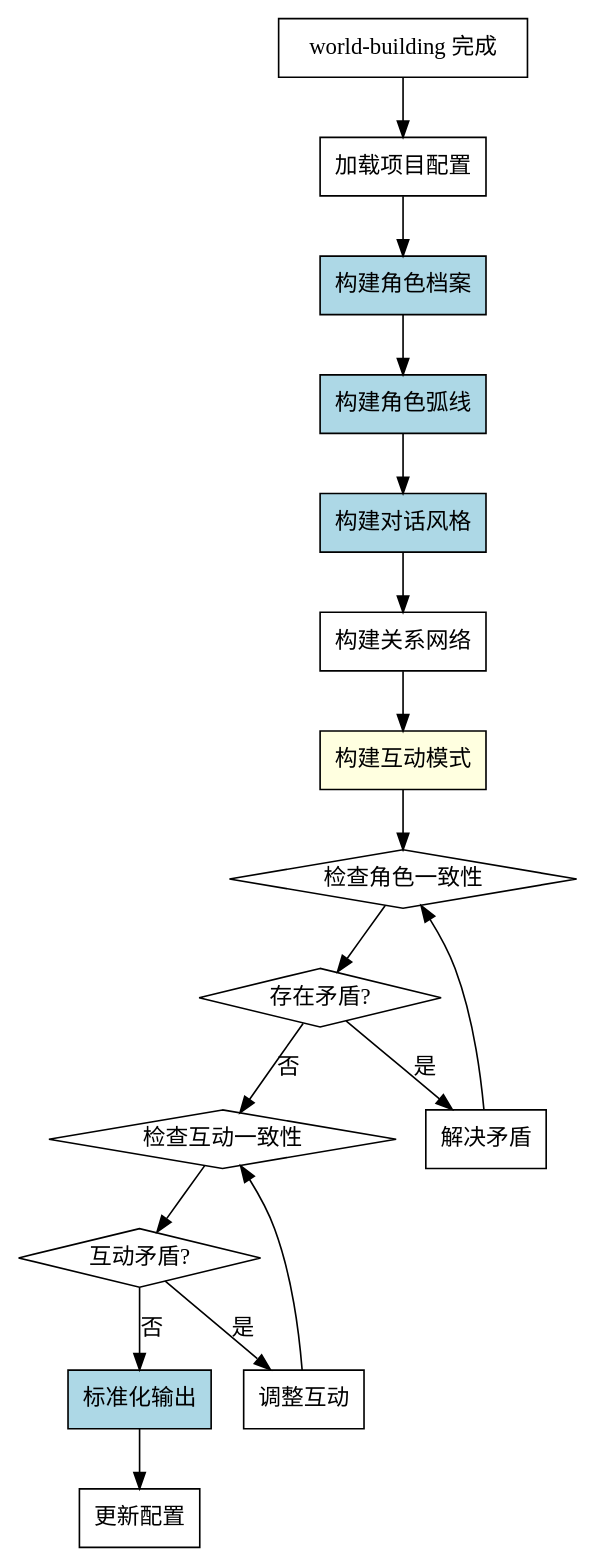
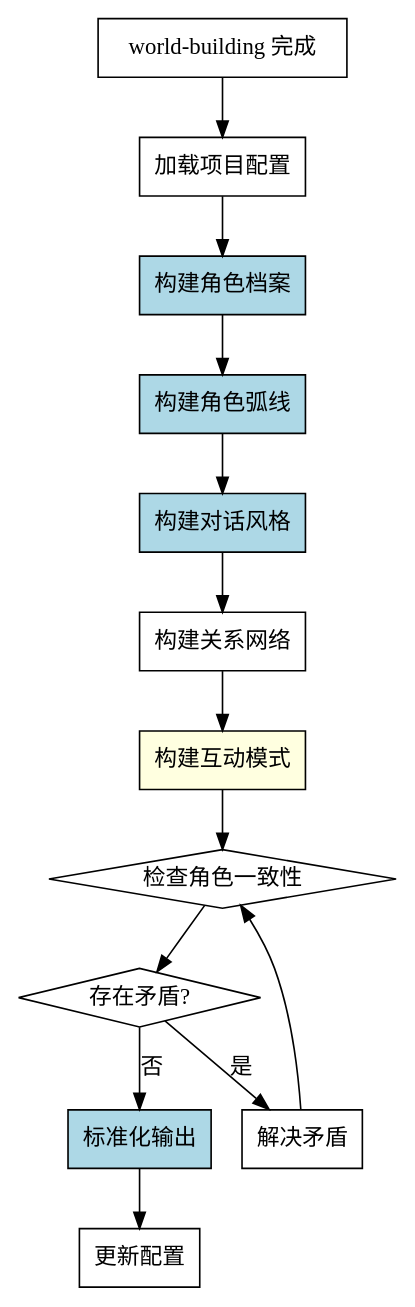
Before and after one commit to llklkl/novel: the diagram in .opencode/skills/character-building/SKILL.md, drawn with Graphviz. The commit also changed other lines of this file and 19 other files, not shown here.

````diff
--- a/.opencode/skills/character-building/SKILL.md
+++ b/.opencode/skills/character-building/SKILL.md
@@ -37,41 +30,33 @@
 ```dot
 digraph character_building {
     rankdir=TB;
     
     "world-building 完成" [shape=box];
     "加载项目配置" [shape=box];
     "构建角色档案" [shape=box, style=filled, fillcolor=lightblue];
     "构建角色弧线" [shape=box, style=filled, fillcolor=lightblue];
     "构建对话风格" [shape=box, style=filled, fillcolor=lightblue];
     "构建关系网络" [shape=box];
     "构建互动模式" [shape=box, style=filled, fillcolor=lightyellow];
     "检查角色一致性" [shape=diamond];
     "存在矛盾?" [shape=diamond];
     "解决矛盾" [shape=box];
-    "检查互动一致性" [shape=diamond];
-    "互动矛盾?" [shape=diamond];
-    "调整互动" [shape=box];
     "标准化输出" [shape=box, style=filled, fillcolor=lightblue];
     "更新配置" [shape=box];
     
     "world-building 完成" -> "加载项目配置";
     "加载项目配置" -> "构建角色档案";
     "构建角色档案" -> "构建角色弧线";
     "构建角色弧线" -> "构建对话风格";
     "构建对话风格" -> "构建关系网络";
     "构建关系网络" -> "构建互动模式";
     "构建互动模式" -> "检查角色一致性";
     
     "检查角色一致性" -> "存在矛盾?";
     "存在矛盾?" -> "解决矛盾" [label="是"];
-    "存在矛盾?" -> "检查互动一致性" [label="否"];
+    "存在矛盾?" -> "标准化输出" [label="否"];
     "解决矛盾" -> "检查角色一致性";
-    
-    "检查互动一致性" -> "互动矛盾?";
-    "互动矛盾?" -> "调整互动" [label="是"];
-    "互动矛盾?" -> "标准化输出" [label="否"];
-    "调整互动" -> "检查互动一致性";
     
     "标准化输出" -> "更新配置";
 }
 ```
````
